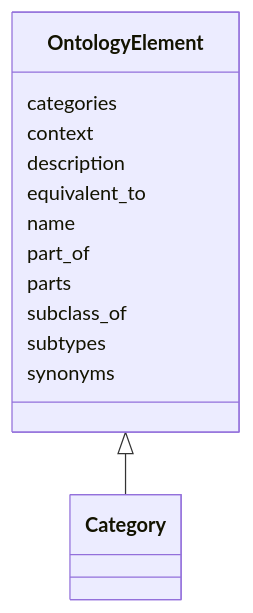
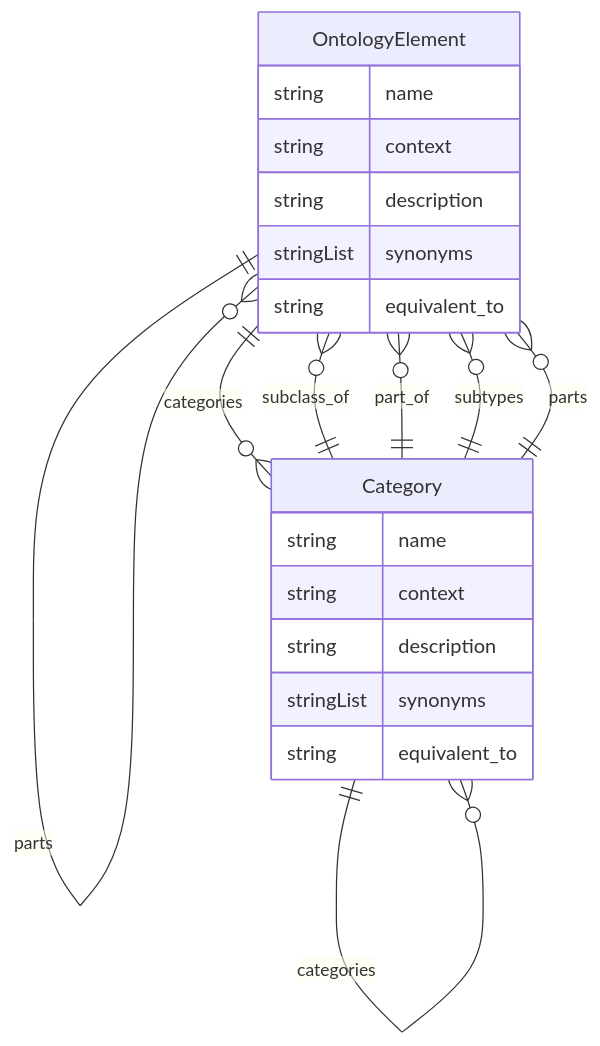
Before and after one commit to monarch-initiative/ontogpt: the diagram in docs/halo/OntologyElement.md, drawn with Mermaid. The commit also changed 187 other files, not shown here.

````diff
--- a/docs/halo/OntologyElement.md
+++ b/docs/halo/OntologyElement.md
@@ -8,17 +8,29 @@
 ```mermaid
- classDiagram
-    class OntologyElement
-      OntologyElement <|-- Category
-      
-      OntologyElement : categories
-      OntologyElement : context
-      OntologyElement : description
-      OntologyElement : equivalent_to
-      OntologyElement : name
-      OntologyElement : part_of
-      OntologyElement : parts
-      OntologyElement : subclass_of
-      OntologyElement : subtypes
-      OntologyElement : synonyms
-      
+erDiagram
+OntologyElement {
+    string name  
+    string context  
+    string description  
+    stringList synonyms  
+    string equivalent_to  
+}
+Category {
+    string name  
+    string context  
+    string description  
+    stringList synonyms  
+    string equivalent_to  
+}
+
+OntologyElement ||--}o Category : "categories"
+OntologyElement ||--}o OntologyElement : "subclass_of"
+OntologyElement ||--}o OntologyElement : "part_of"
+OntologyElement ||--}o OntologyElement : "subtypes"
+OntologyElement ||--}o OntologyElement : "parts"
+Category ||--}o Category : "categories"
+Category ||--}o OntologyElement : "subclass_of"
+Category ||--}o OntologyElement : "part_of"
+Category ||--}o OntologyElement : "subtypes"
+Category ||--}o OntologyElement : "parts"
+
 ```
````
